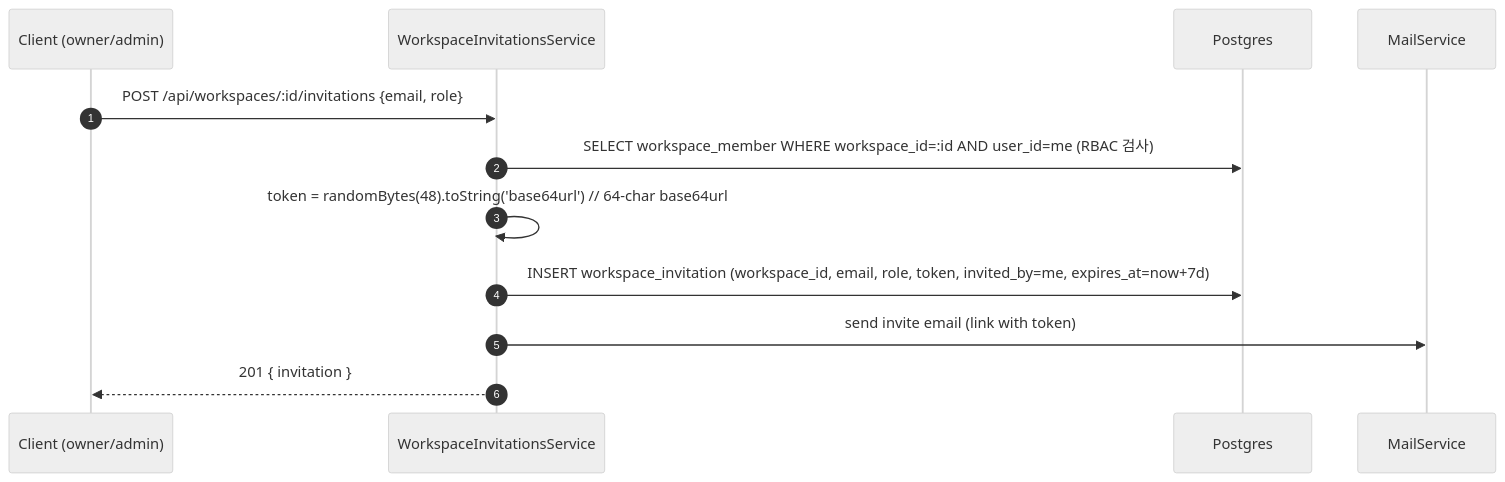
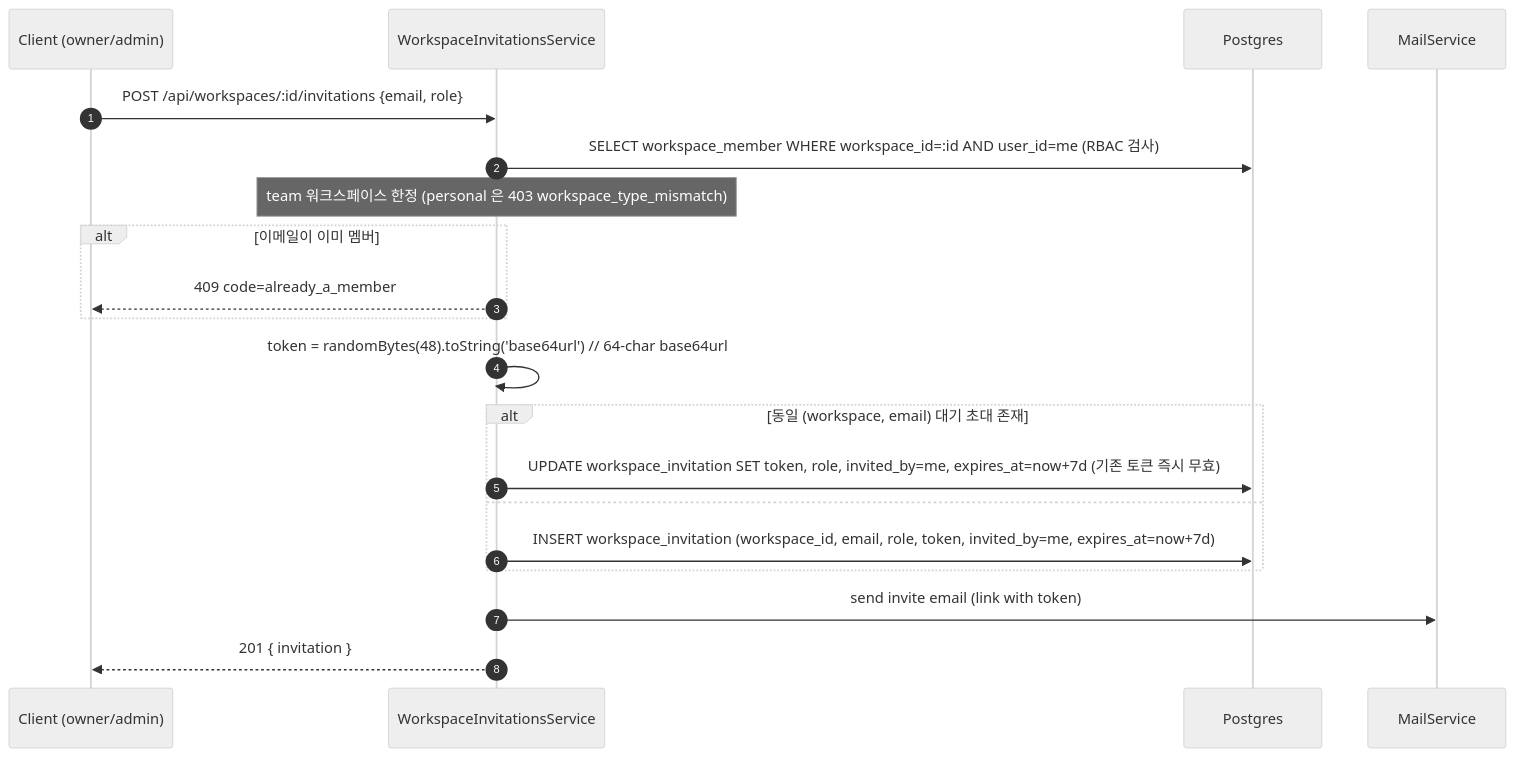
Before and after one commit to worker-ants/clemvion: the second of 6 diagrams in spec/data-flow/12-workspace.md, drawn with Mermaid (neutral theme). The commit also changed other lines of this file and 89 other files, not shown here.

First line of the commit message:
docs(spec): spec↔code 전수 상호 감사 — 역방향 커버리지 + drift 동기화 + data-flow 재구성 (위반 19건 보고) (#516)

````diff
--- a/spec/data-flow/12-workspace.md
+++ b/spec/data-flow/12-workspace.md
@@ -45,15 +46,23 @@
 ```mermaid
 sequenceDiagram
   autonumber
   participant C as Client (owner/admin)
   participant Svc as WorkspaceInvitationsService
   participant PG as Postgres
   participant Mail as MailService
 
   C->>Svc: POST /api/workspaces/:id/invitations {email, role}
   Svc->>PG: SELECT workspace_member WHERE workspace_id=:id AND user_id=me (RBAC 검사)
+  Note over Svc: team 워크스페이스 한정 (personal 은 403 workspace_type_mismatch)
+  alt 이메일이 이미 멤버
+    Svc-->>C: 409 code=already_a_member
+  end
   Svc->>Svc: token = randomBytes(48).toString('base64url')  // 64-char base64url
-  Svc->>PG: INSERT workspace_invitation (workspace_id, email, role, token, invited_by=me, expires_at=now+7d)
+  alt 동일 (workspace, email) 대기 초대 존재
+    Svc->>PG: UPDATE workspace_invitation SET token, role, invited_by=me, expires_at=now+7d (기존 토큰 즉시 무효)
+  else
+    Svc->>PG: INSERT workspace_invitation (workspace_id, email, role, token, invited_by=me, expires_at=now+7d)
+  end
   Svc->>Mail: send invite email (link with token)
   Svc-->>C: 201 { invitation }
 ```
````
